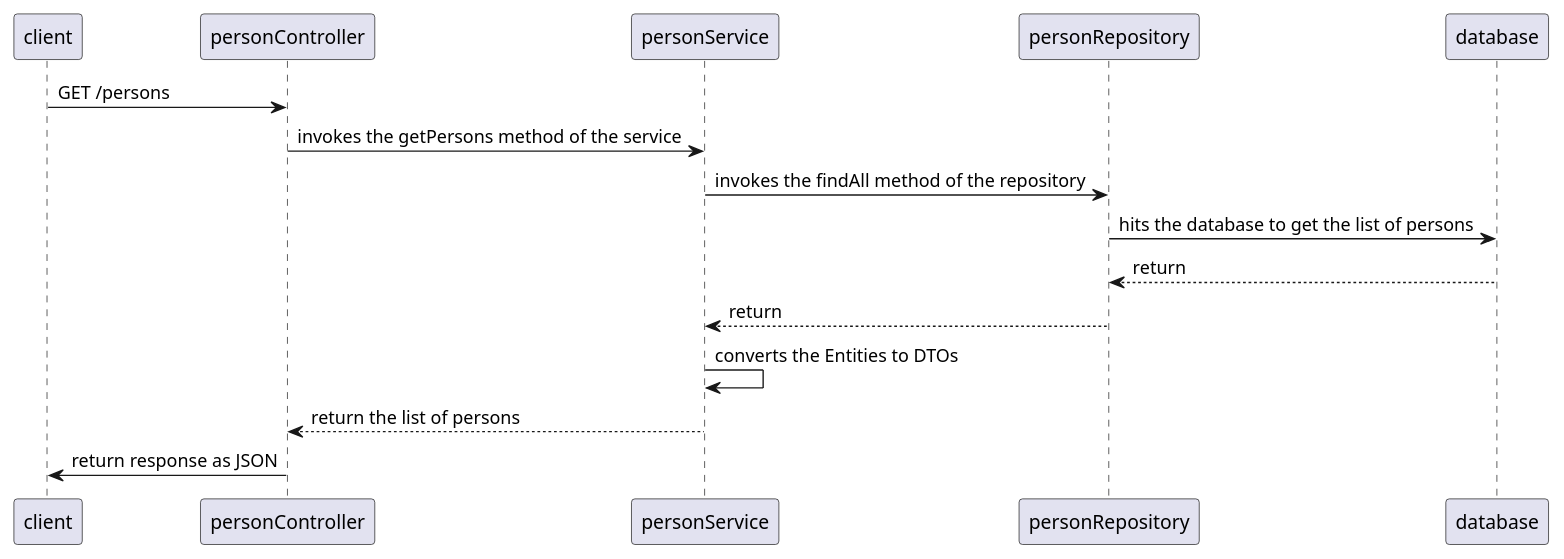
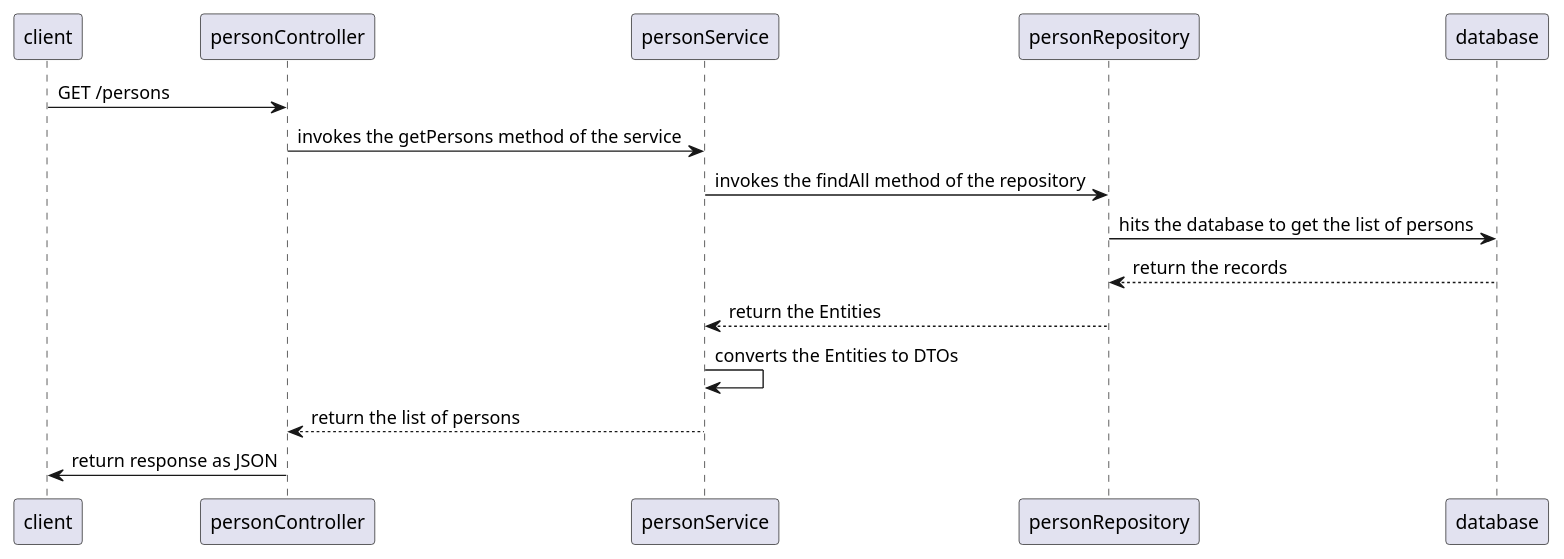
One commit to laminba2003/spring-rest-services changed the fifth of 5 diagrams in src/main/asciidoc/index.adoc. Above: the diagram before and after it, drawn with PlantUML. The commit also changed other lines of this file, not shown here.

Commit message:
improvements

```diff
--- a/src/main/asciidoc/index.adoc
+++ b/src/main/asciidoc/index.adoc
@@ -171,20 +171,20 @@
 [plantuml, GetPersons-sequence-diagram, png]
 ----
 
 participant client
 participant personController
 participant personService
 participant personRepository
 participant database
 
 client -> personController: GET /persons
 personController -> personService: invokes the getPersons method of the service
 personService -> personRepository: invokes the findAll method of the repository
 personRepository -> database: hits the database to get the list of persons
-personRepository <-- database: return
-personService <-- personRepository: return
+personRepository <-- database: return the records
+personService <-- personRepository: return the Entities
 personService -> personService: converts the Entities to DTOs
 personController <-- personService: return the list of persons
 personController -> client: return response as JSON
 
 ----
```
